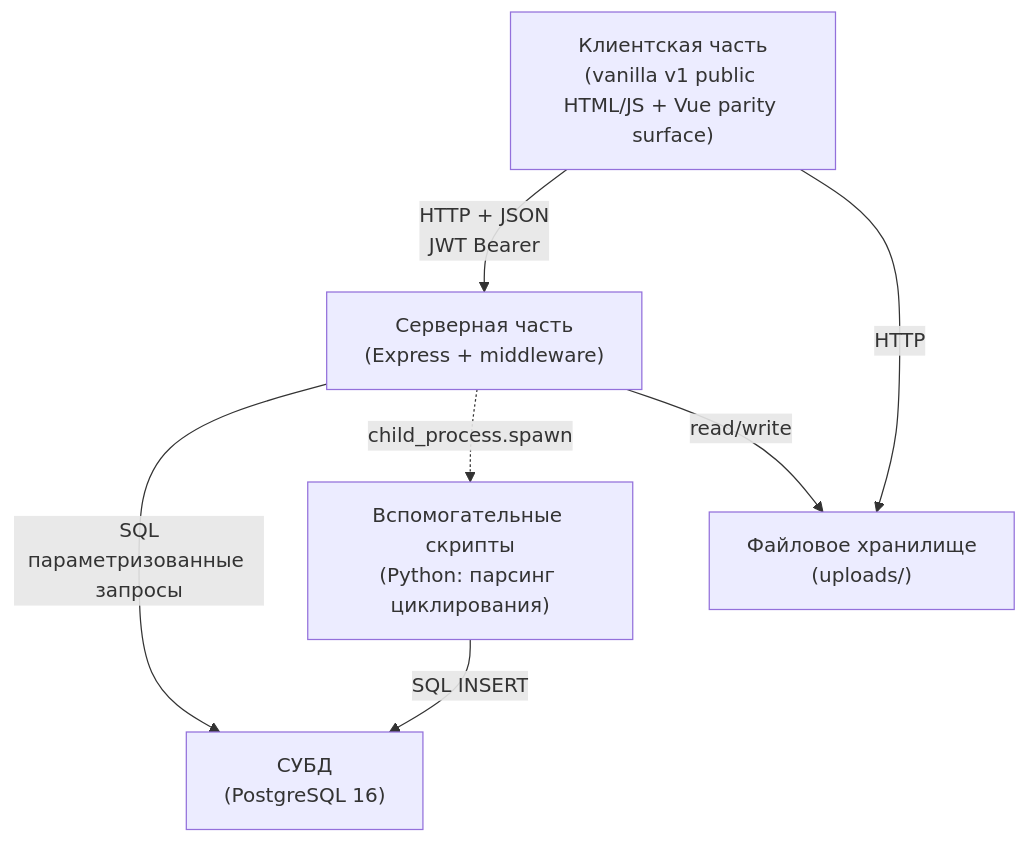
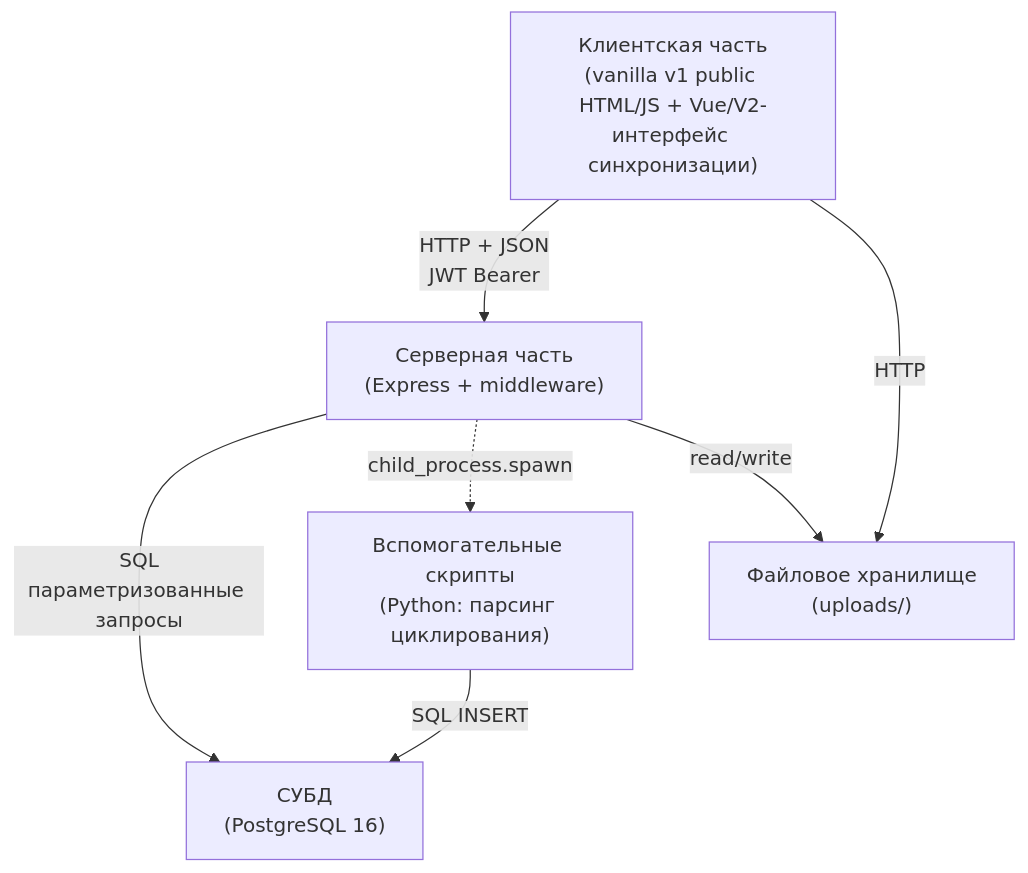
One commit to chem-coder/BADB---Battery-Assembly-Database changed the first of 16 diagrams in Документация ЕСПД/03. Пояснительная записка.md. Above: the diagram before and after it, drawn with Mermaid. The commit also changed other lines of this file and 10 other files, not shown here.

````diff
--- a/Документация ЕСПД/03. Пояснительная записка.md
+++ b/Документация ЕСПД/03. Пояснительная записка.md
@@ -159,15 +159,15 @@
 ```mermaid
 flowchart TD
-    Client["Клиентская часть<br/>(vanilla v1 public HTML/JS + Vue parity surface)"]
+    Client["Клиентская часть<br/>(vanilla v1 public HTML/JS + Vue/V2-интерфейс синхронизации)"]
     API["Серверная часть<br/>(Express + middleware)"]
     DB["СУБД<br/>(PostgreSQL 16)"]
     Python["Вспомогательные скрипты<br/>(Python: парсинг циклирования)"]
     Files["Файловое хранилище<br/>(uploads/)"]
 
     Client -->|HTTP + JSON<br/>JWT Bearer| API
     API -->|SQL<br/>параметризованные запросы| DB
     API -.->|child_process.spawn| Python
     Python -->|SQL INSERT| DB
     API -->|read/write| Files
     Client -->|HTTP| Files
 ```
````
